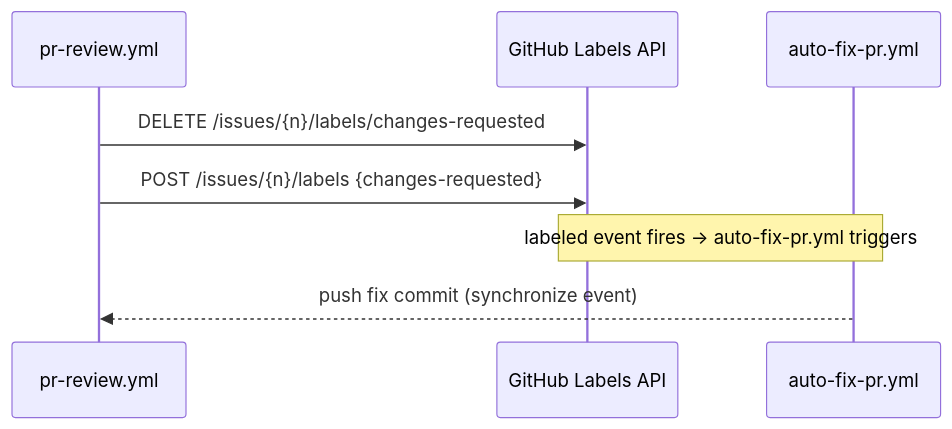
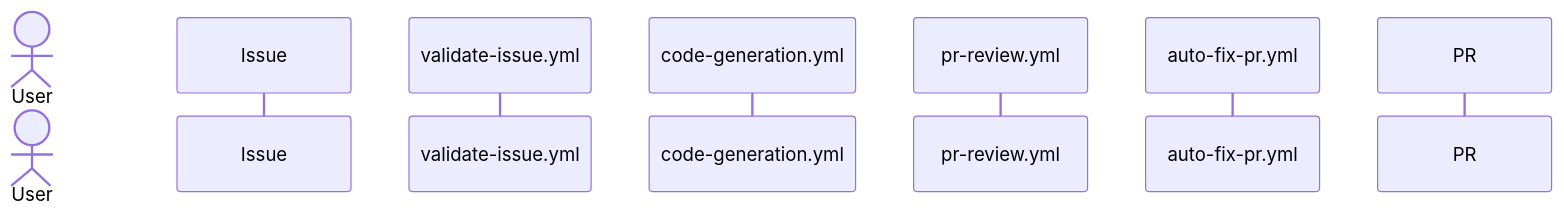
Before and after one commit to koydas/autonomous-dev-loop: the diagram in docs/code-generation.md, drawn with Mermaid. The commit also changed other lines of this file and 3 other files, not shown here.

````diff
--- a/docs/code-generation.md
+++ b/docs/code-generation.md
@@ -265,11 +87,12 @@
 ```mermaid
 sequenceDiagram
+    actor User
+    participant Issue
+    participant validate-issue.yml
+    participant code-generation.yml
     participant pr-review.yml
-    participant GitHub Labels API
     participant auto-fix-pr.yml
+    participant PR
 
-    pr-review.yml->>GitHub Labels API: DELETE /issues/{n}/labels/changes-requested
-    pr-review.yml->>GitHub Labels API: POST /issues/{n}/labels {changes-requested}
-    Note over GitHub Labels API,auto-fix-pr.yml: labeled event fires → auto-fix-pr.yml triggers
-    auto-fix-pr.yml-->>pr-review.yml: push fix commit (synchronize event)
+
 ```
````
